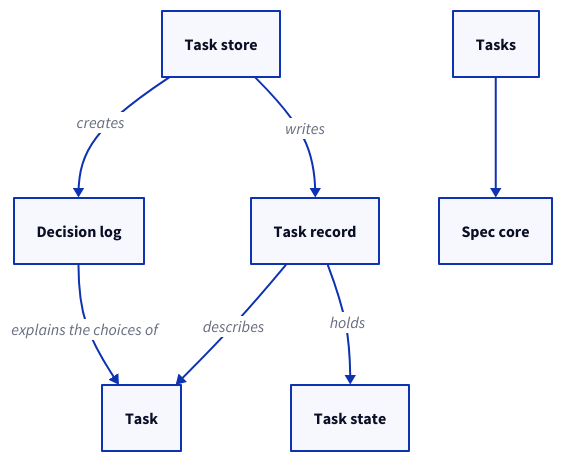
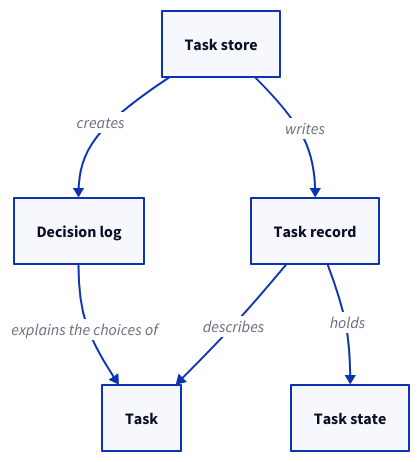
One commit to FTOD/concorde changed the second of 4 diagrams in specs/concorde/tasks/module.md. Above: the diagram before and after it, drawn with D2. The commit also changed other lines of this file and 21 other files, not shown here.

First line of the commit message:
Rewrite every Module entry with diagrams and an implementation overview

````diff
--- a/specs/concorde/tasks/module.md
+++ b/specs/concorde/tasks/module.md
@@ -166,15 +111,12 @@
 ```d2
 store: Task store
 record: Task record
 log: Decision log
 task: Task
 state: Task state
-tasks: Tasks
-spec: Spec core
 store -> record: writes
 store -> log: creates
 record -> task: describes
 record -> state: holds
 log -> task: explains the choices of
-tasks -> spec
 ```
````
